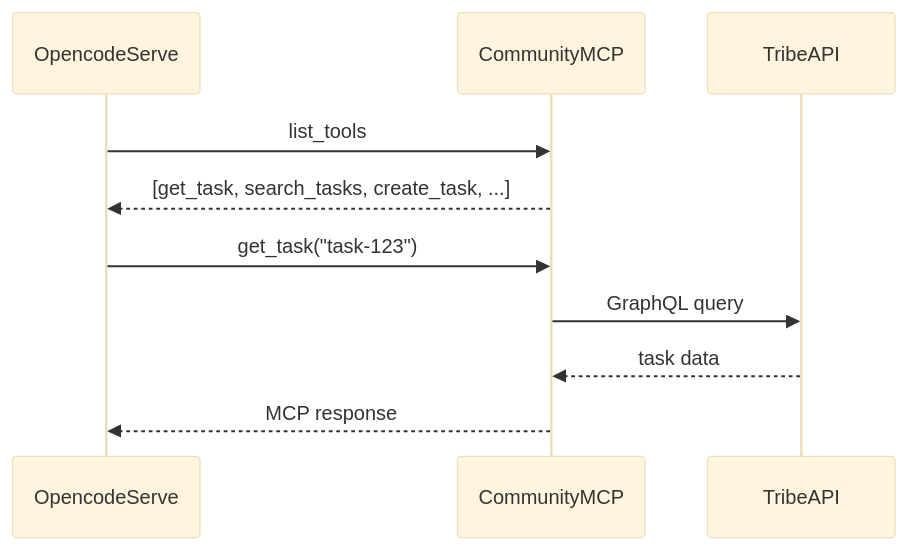
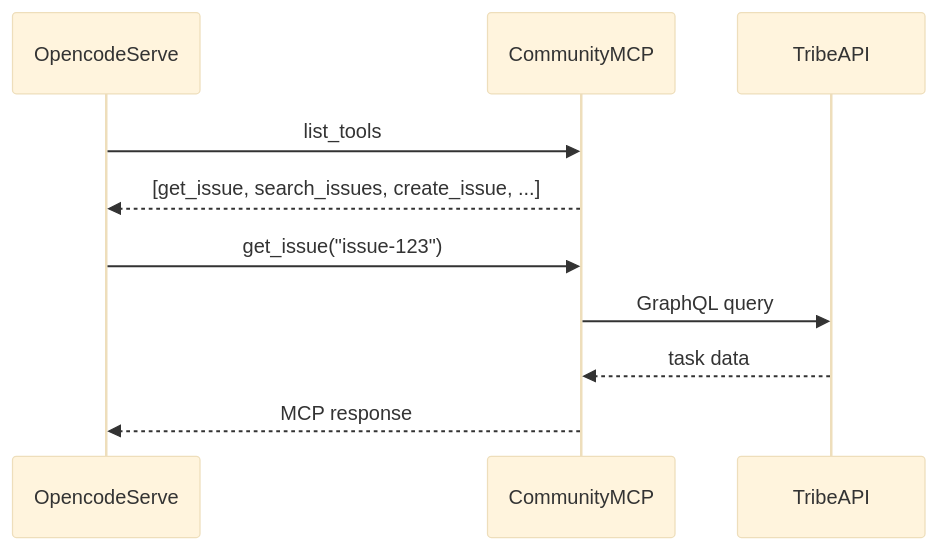
The diagram in docs/agent/community-mcp.md (civilization-luch/tribe-docs), drawn with Mermaid (base theme) before and after one commit. The commit also changed other lines of this file and 17 other files, not shown here.

Commit message:
docs: rename Tasks/Projects → Issues/Workspaces, update module docs, routes, agent tools

````diff
--- a/docs/agent/community-mcp.md
+++ b/docs/agent/community-mcp.md
@@ -122,9 +125,9 @@
 ```mermaid
 sequenceDiagram
     OpencodeServe->>CommunityMCP: list_tools
-    CommunityMCP-->>OpencodeServe: [get_task, search_tasks, create_task, ...]
-    OpencodeServe->>CommunityMCP: get_task("task-123")
+    CommunityMCP-->>OpencodeServe: [get_issue, search_issues, create_issue, ...]
+    OpencodeServe->>CommunityMCP: get_issue("issue-123")
     CommunityMCP->>TribeAPI: GraphQL query
     TribeAPI-->>CommunityMCP: task data
     CommunityMCP-->>OpencodeServe: MCP response
 ```
````
